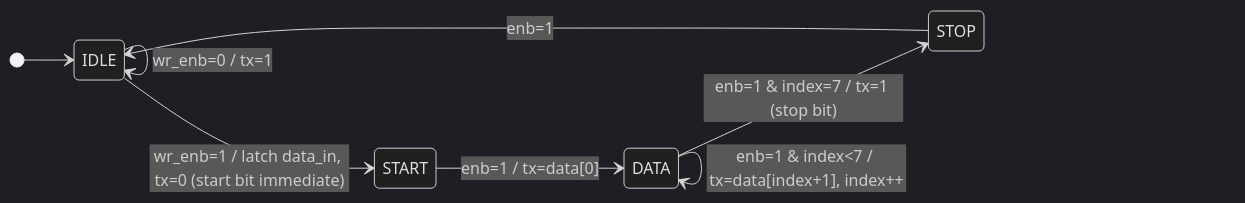
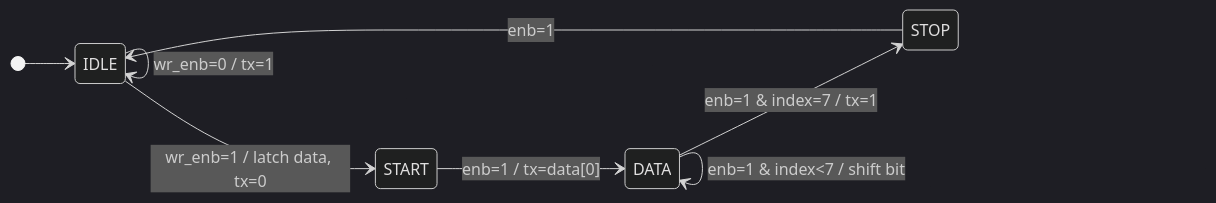
Before and after one commit to ChallagollaSriPranathi/UART_Protocol: the first of 2 diagrams in README.md, drawn with Mermaid (dark theme). The commit also changed other lines of this file, not shown here.

````diff
--- a/README.md
+++ b/README.md
@@ -108,11 +87,11 @@
 ```mermaid
 stateDiagram-v2
     direction LR
     [*] --> IDLE
     IDLE --> IDLE : wr_enb=0 / tx=1
-    IDLE --> START : wr_enb=1 / latch data_in, tx=0 (start bit immediate)
+    IDLE --> START : wr_enb=1 / latch data, tx=0
     START --> DATA : enb=1 / tx=data[0]
-    DATA --> DATA : enb=1 & index<7 / tx=data[index+1], index++
-    DATA --> STOP : enb=1 & index=7 / tx=1 (stop bit)
+    DATA --> DATA : enb=1 & index<7 / shift bit
+    DATA --> STOP : enb=1 & index=7 / tx=1
     STOP --> IDLE : enb=1
 ```
````
